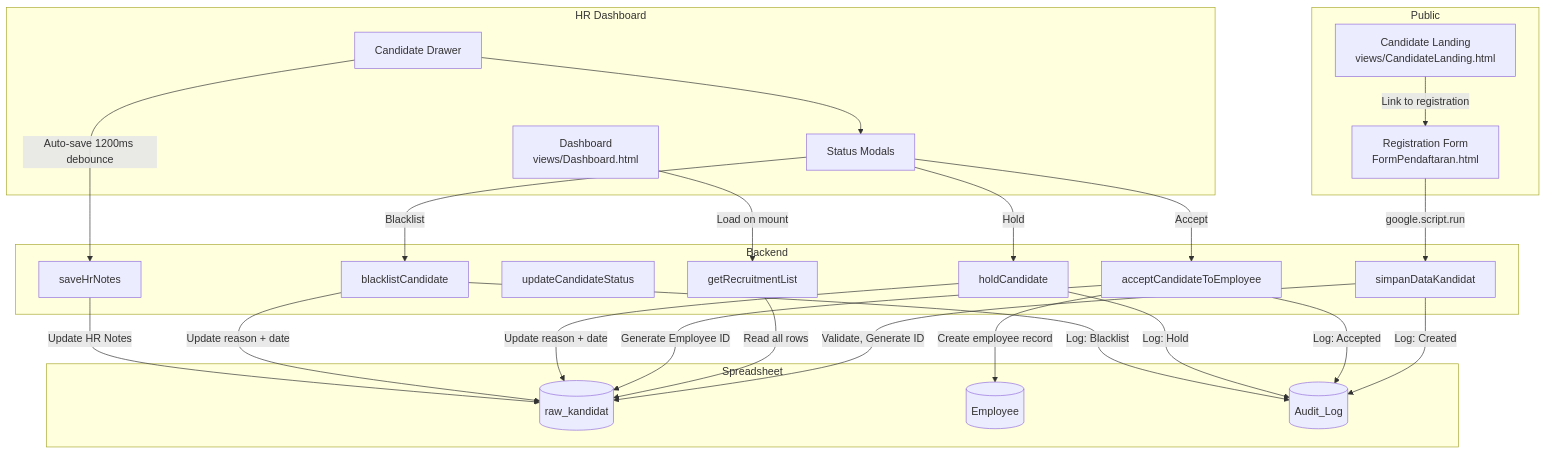
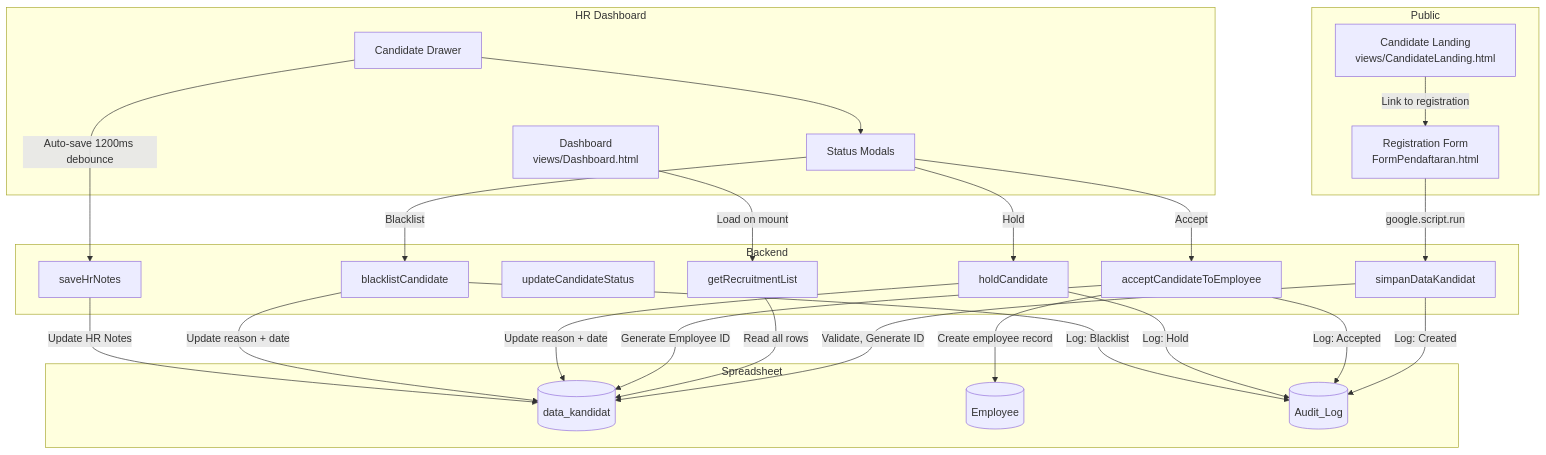
Before and after one commit to Sultonisky/google-script-hr: the fourth of 9 diagrams in ARCHITECTURE.md, drawn with Mermaid. The commit also changed other lines of this file and 8 other files, not shown here.

Commit message:
docs: rename all raw_kandidat references to data_kandidat across documentation

````diff
--- a/ARCHITECTURE.md
+++ b/ARCHITECTURE.md
@@ -247,54 +247,54 @@
 ```mermaid
 flowchart TD
     subgraph "Public"
         REG[Registration Form<br/>FormPendaftaran.html]
         CL[Candidate Landing<br/>views/CandidateLanding.html]
     end
 
     subgraph "HR Dashboard"
         DASH[Dashboard<br/>views/Dashboard.html]
         DRAWER[Candidate Drawer]
         MODALS[Status Modals]
     end
 
     subgraph "Backend"
         SAVE[simpanDataKandidat]
         LIST[getRecruitmentList]
         UPD[updateCandidateStatus]
         HOLD[holdCandidate]
         BL[blacklistCandidate]
         ACC[acceptCandidateToEmployee]
         NOTES[saveHrNotes]
     end
 
     subgraph "Spreadsheet"
-        RK[(raw_kandidat)]
+        RK[(data_kandidat)]
         EMP[(Employee)]
         AL[(Audit_Log)]
     end
 
     REG -->|google.script.run| SAVE
     SAVE -->|Validate, Generate ID| RK
     SAVE -->|Log: Created| AL
     CL -->|Link to registration| REG
 
     DASH -->|Load on mount| LIST
     LIST -->|Read all rows| RK
     DRAWER --> MODALS
 
     MODALS -->|Accept| ACC
     ACC -->|Generate Employee ID| RK
     ACC -->|Create employee record| EMP
     ACC -->|Log: Accepted| AL
 
     MODALS -->|Hold| HOLD
     HOLD -->|Update reason + date| RK
     HOLD -->|Log: Hold| AL
 
     MODALS -->|Blacklist| BL
     BL -->|Update reason + date| RK
     BL -->|Log: Blacklist| AL
 
     DRAWER -->|Auto-save 1200ms debounce| NOTES
     NOTES -->|Update HR Notes| RK
 ```
````
